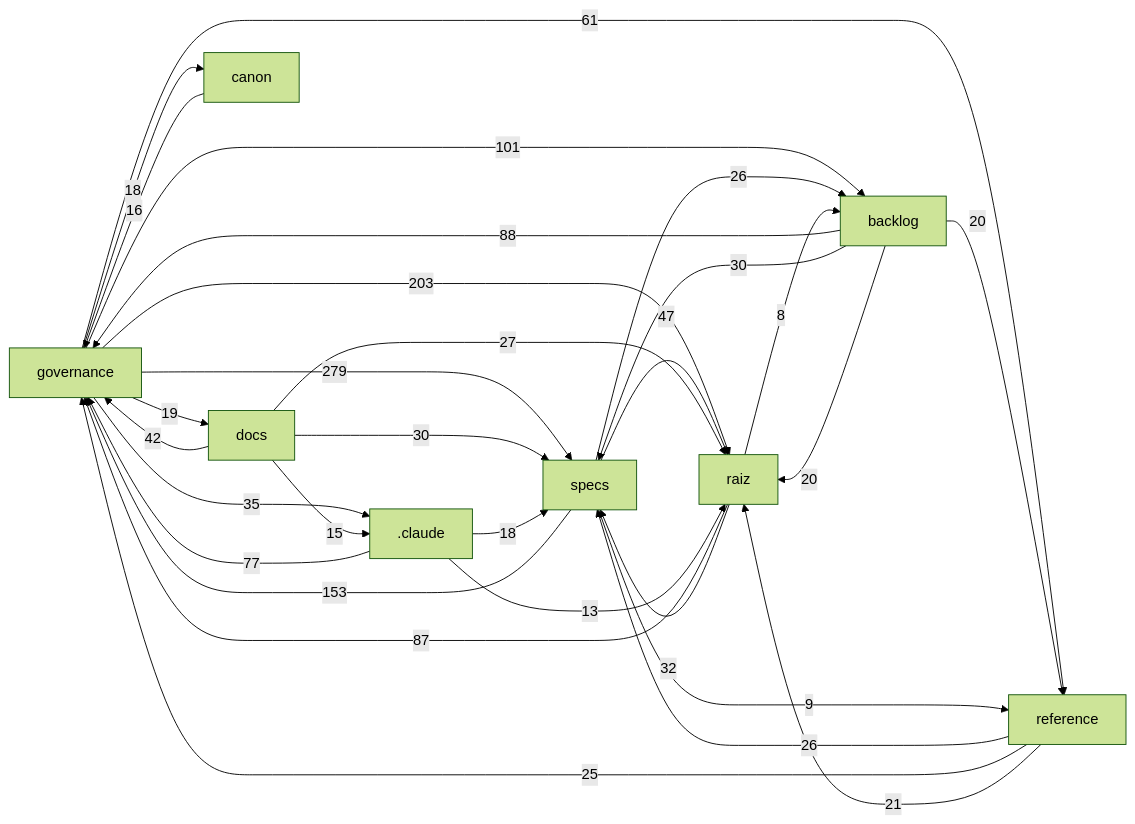
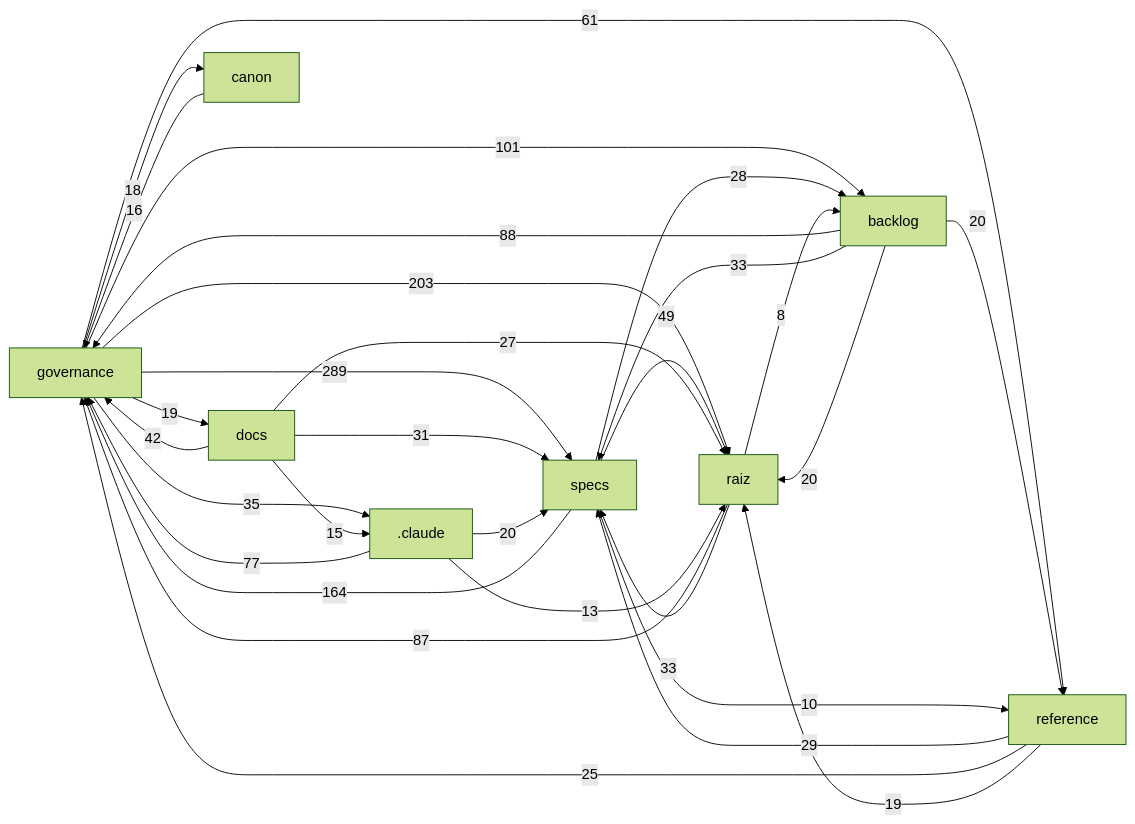
The diagram in docs/mapa/MAPA-PROJETO.md (Andraus35/Sistema-Operacional-de-Trading--SOT), drawn with Mermaid (forest theme) before and after one commit. The commit also changed other lines of this file and 5 other files, not shown here.

````diff
--- a/docs/mapa/MAPA-PROJETO.md
+++ b/docs/mapa/MAPA-PROJETO.md
@@ -30,32 +30,32 @@
 ```mermaid
 flowchart LR
-  governance["governance"] -->|279| specs["specs"]
+  governance["governance"] -->|289| specs["specs"]
   governance["governance"] -->|203| raiz["raiz"]
-  specs["specs"] -->|153| governance["governance"]
+  specs["specs"] -->|164| governance["governance"]
   governance["governance"] -->|101| backlog["backlog"]
   backlog["backlog"] -->|88| governance["governance"]
   raiz["raiz"] -->|87| governance["governance"]
   _claude[".claude"] -->|77| governance["governance"]
   governance["governance"] -->|61| reference["reference"]
-  specs["specs"] -->|47| raiz["raiz"]
+  specs["specs"] -->|49| raiz["raiz"]
   docs["docs"] -->|42| governance["governance"]
   governance["governance"] -->|35| _claude[".claude"]
-  raiz["raiz"] -->|32| specs["specs"]
-  backlog["backlog"] -->|30| specs["specs"]
-  docs["docs"] -->|30| specs["specs"]
+  raiz["raiz"] -->|33| specs["specs"]
+  backlog["backlog"] -->|33| specs["specs"]
+  docs["docs"] -->|31| specs["specs"]
+  reference["reference"] -->|29| specs["specs"]
+  specs["specs"] -->|28| backlog["backlog"]
   docs["docs"] -->|27| raiz["raiz"]
-  reference["reference"] -->|26| specs["specs"]
-  specs["specs"] -->|26| backlog["backlog"]
   reference["reference"] -->|25| governance["governance"]
-  reference["reference"] -->|21| raiz["raiz"]
+  _claude[".claude"] -->|20| specs["specs"]
   backlog["backlog"] -->|20| raiz["raiz"]
   backlog["backlog"] -->|20| reference["reference"]
   governance["governance"] -->|19| docs["docs"]
-  _claude[".claude"] -->|18| specs["specs"]
+  reference["reference"] -->|19| raiz["raiz"]
   governance["governance"] -->|18| canon["canon"]
   canon["canon"] -->|16| governance["governance"]
   docs["docs"] -->|15| _claude[".claude"]
   _claude[".claude"] -->|13| raiz["raiz"]
-  specs["specs"] -->|9| reference["reference"]
+  specs["specs"] -->|10| reference["reference"]
   raiz["raiz"] -->|8| backlog["backlog"]
 ```
````
